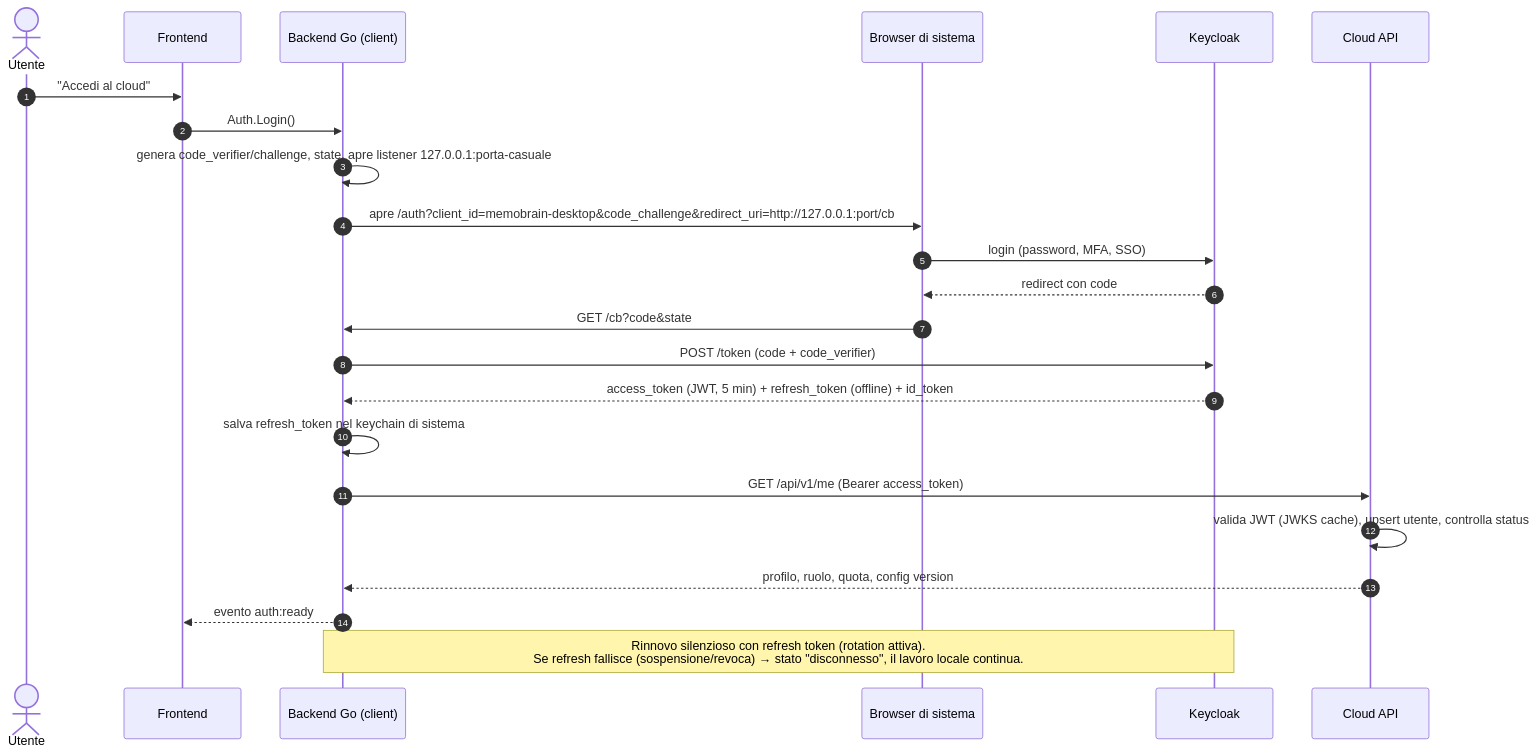
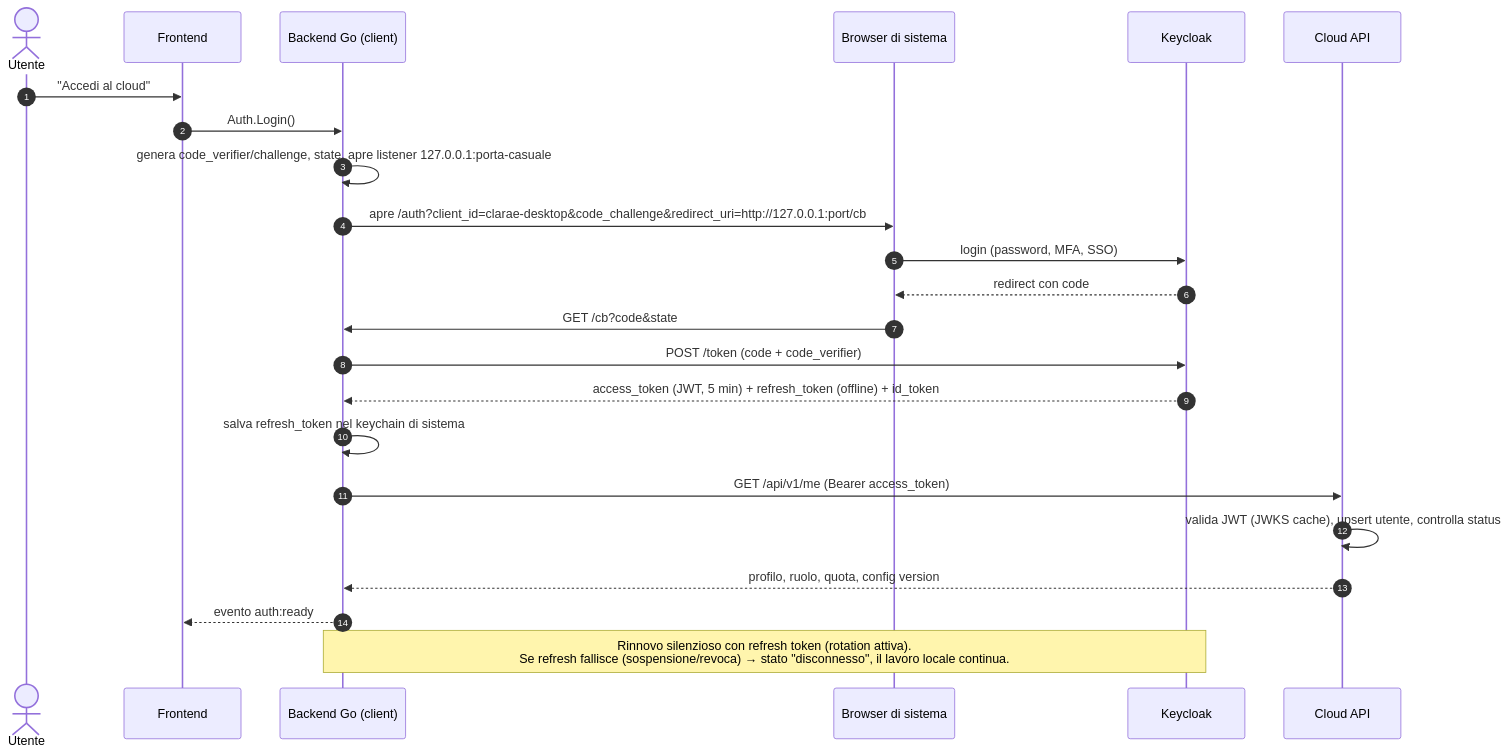
Before and after one commit to E2BRAdvisory/Clarae: the second of 5 diagrams in Specifications.md, drawn with Mermaid. The commit also changed other lines of this file and 4 other files, not shown here.

````diff
--- a/Specifications.md
+++ b/Specifications.md
@@ -174,26 +175,26 @@
 ```mermaid
 sequenceDiagram
   autonumber
   actor U as Utente
   participant FE as Frontend
   participant BE as Backend Go (client)
   participant BR as Browser di sistema
   participant KC as Keycloak
   participant API as Cloud API
 
   U->>FE: "Accedi al cloud"
   FE->>BE: Auth.Login()
   BE->>BE: genera code_verifier/challenge, state, apre listener 127.0.0.1:porta-casuale
-  BE->>BR: apre /auth?client_id=memobrain-desktop&code_challenge&redirect_uri=http://127.0.0.1:port/cb
+  BE->>BR: apre /auth?client_id=clarae-desktop&code_challenge&redirect_uri=http://127.0.0.1:port/cb
   BR->>KC: login (password, MFA, SSO)
   KC-->>BR: redirect con code
   BR->>BE: GET /cb?code&state
   BE->>KC: POST /token (code + code_verifier)
   KC-->>BE: access_token (JWT, 5 min) + refresh_token (offline) + id_token
   BE->>BE: salva refresh_token nel keychain di sistema
   BE->>API: GET /api/v1/me (Bearer access_token)
   API->>API: valida JWT (JWKS cache), upsert utente, controlla status
   API-->>BE: profilo, ruolo, quota, config version
   BE-->>FE: evento auth:ready
   Note over BE,KC: Rinnovo silenzioso con refresh token (rotation attiva).<br/>Se refresh fallisce (sospensione/revoca) → stato "disconnesso", il lavoro locale continua.
 ```
````
